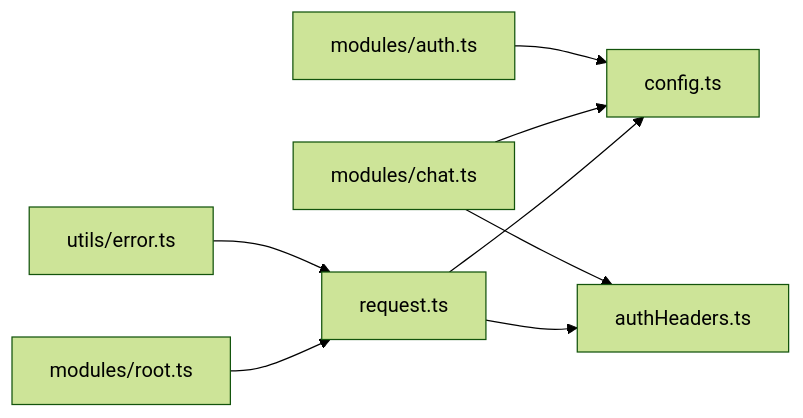
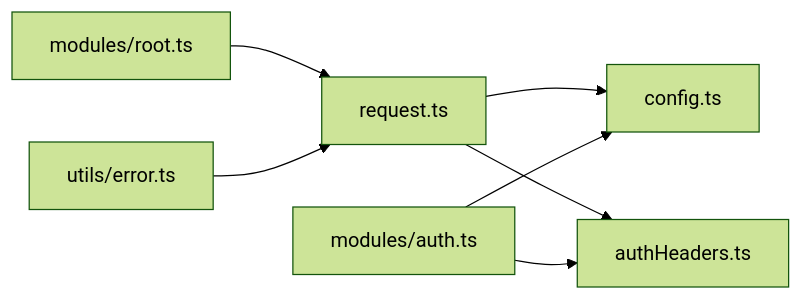
Before and after one commit to joezxh/CoPaw: the sixth of 6 diagrams in .qoder/repowiki/zh/content/前端控制台/API 集成/API 客户端核心.md, drawn with Mermaid (forest theme). The commit also changed other lines of this file and 117 other files, not shown here.

````diff
--- a/.qoder/repowiki/zh/content/前端控制台/API 集成/API 客户端核心.md
+++ b/.qoder/repowiki/zh/content/前端控制台/API 集成/API 客户端核心.md
@@ -262,10 +263,9 @@
 ```mermaid
 graph LR
 REQ["request.ts"] --> CFG["config.ts"]
 REQ --> AH["authHeaders.ts"]
 ROOT["modules/root.ts"] --> REQ
-CHAT["modules/chat.ts"] --> CFG
-CHAT --> AH
 AUTH["modules/auth.ts"] --> CFG
+AUTH --> AH
 ERR["utils/error.ts"] --> REQ
 ```
````
